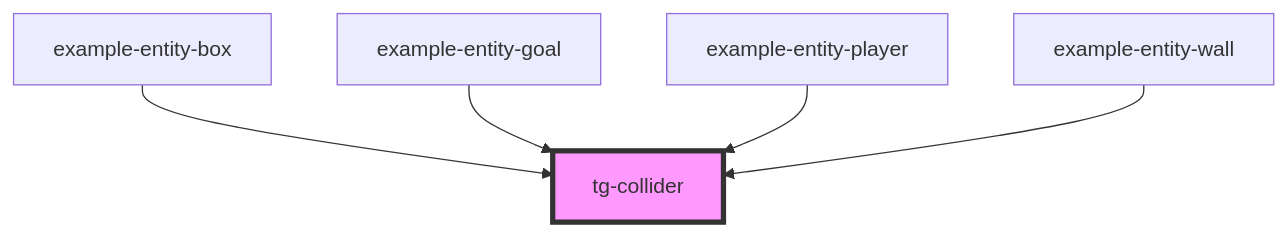
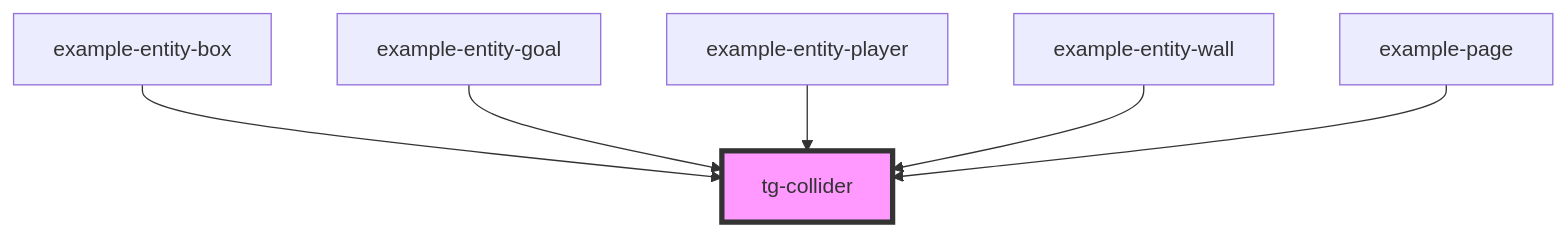
The diagram in src/components/engine/tg-collider/readme.md (Scan0815/tg-engine), drawn with Mermaid before and after one commit. The commit also changed other lines of this file and 12 other files, not shown here.

````diff
--- a/src/components/engine/tg-collider/readme.md
+++ b/src/components/engine/tg-collider/readme.md
@@ -64,8 +65,9 @@
 ```mermaid
 graph TD;
   example-entity-box --> tg-collider
   example-entity-goal --> tg-collider
   example-entity-player --> tg-collider
   example-entity-wall --> tg-collider
+  example-page --> tg-collider
   style tg-collider fill:#f9f,stroke:#333,stroke-width:4px
 ```
````
